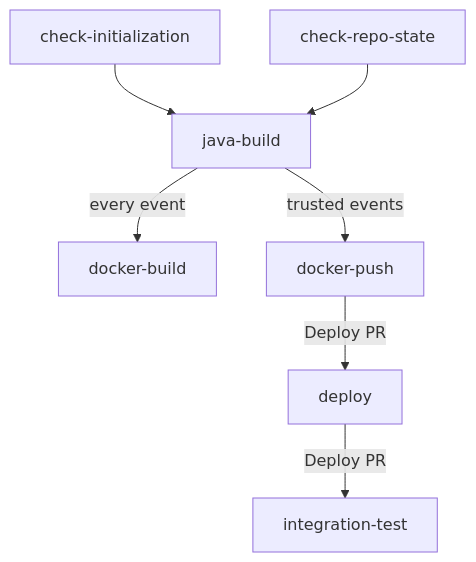
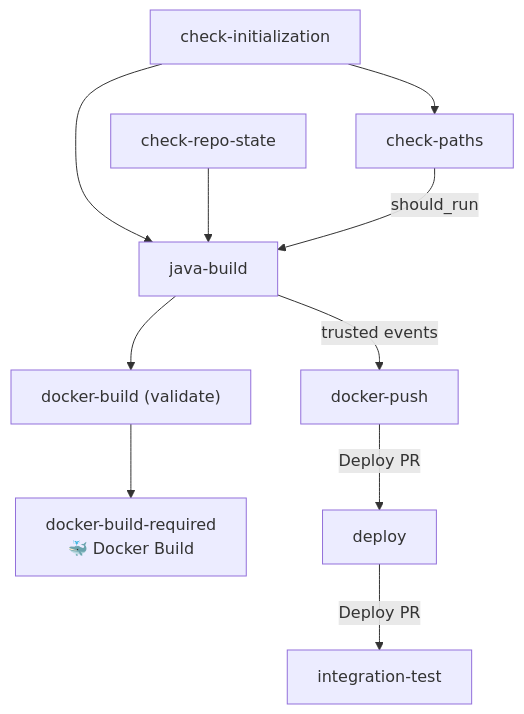
One commit to danielscholl-osdu/osdu-spi changed the second of 2 diagrams in doc/product/docker-build-workflow-spec.md. Above: the diagram before and after it, drawn with Mermaid. The commit also changed other lines of this file and 4 other files, not shown here.

Commit message:
feat(ci): add check-paths gating and docker-build workflow introduce check-paths to determine if code changes require a build add docker-build (validate) job and docker-build-required summary check

````diff
--- a/doc/product/docker-build-workflow-spec.md
+++ b/doc/product/docker-build-workflow-spec.md
@@ -146,9 +162,12 @@
 ```mermaid
 graph TD
     A[check-initialization] --> D[java-build]
+    A --> P[check-paths]
     B[check-repo-state] --> D
-    D -->|every event| E[docker-build]
+    P -->|should_run| D
+    D --> E["docker-build (validate)"]
     D -->|trusted events| F[docker-push]
+    E --> R["docker-build-required\n🐳 Docker Build"]
     F -->|Deploy PR| G[deploy]
     G -->|Deploy PR| H[integration-test]
 ```
````
